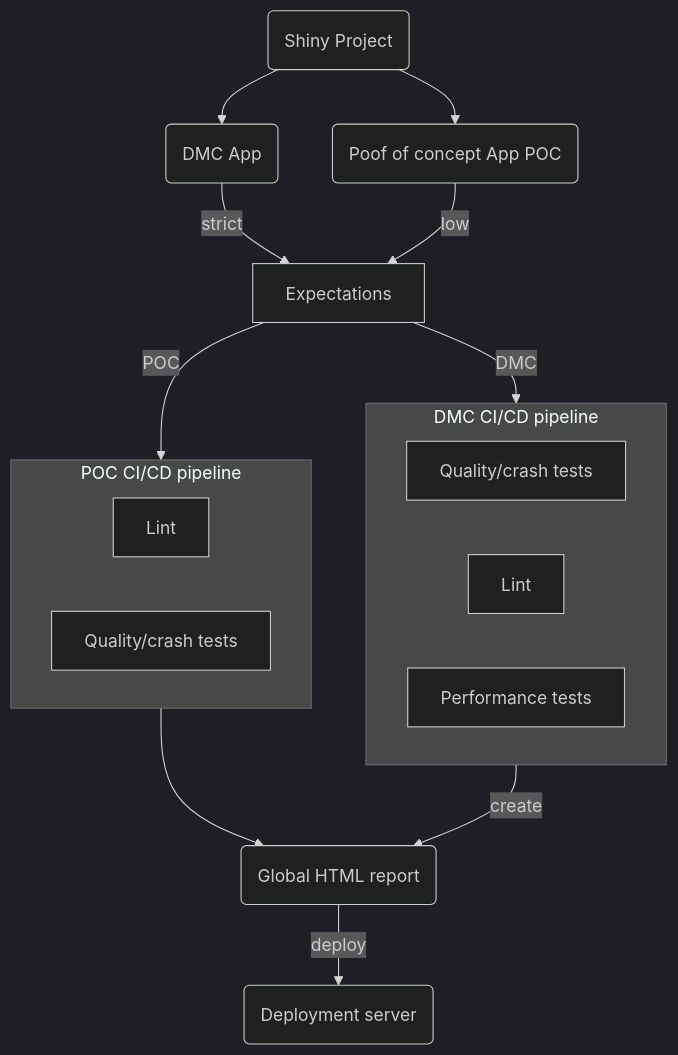
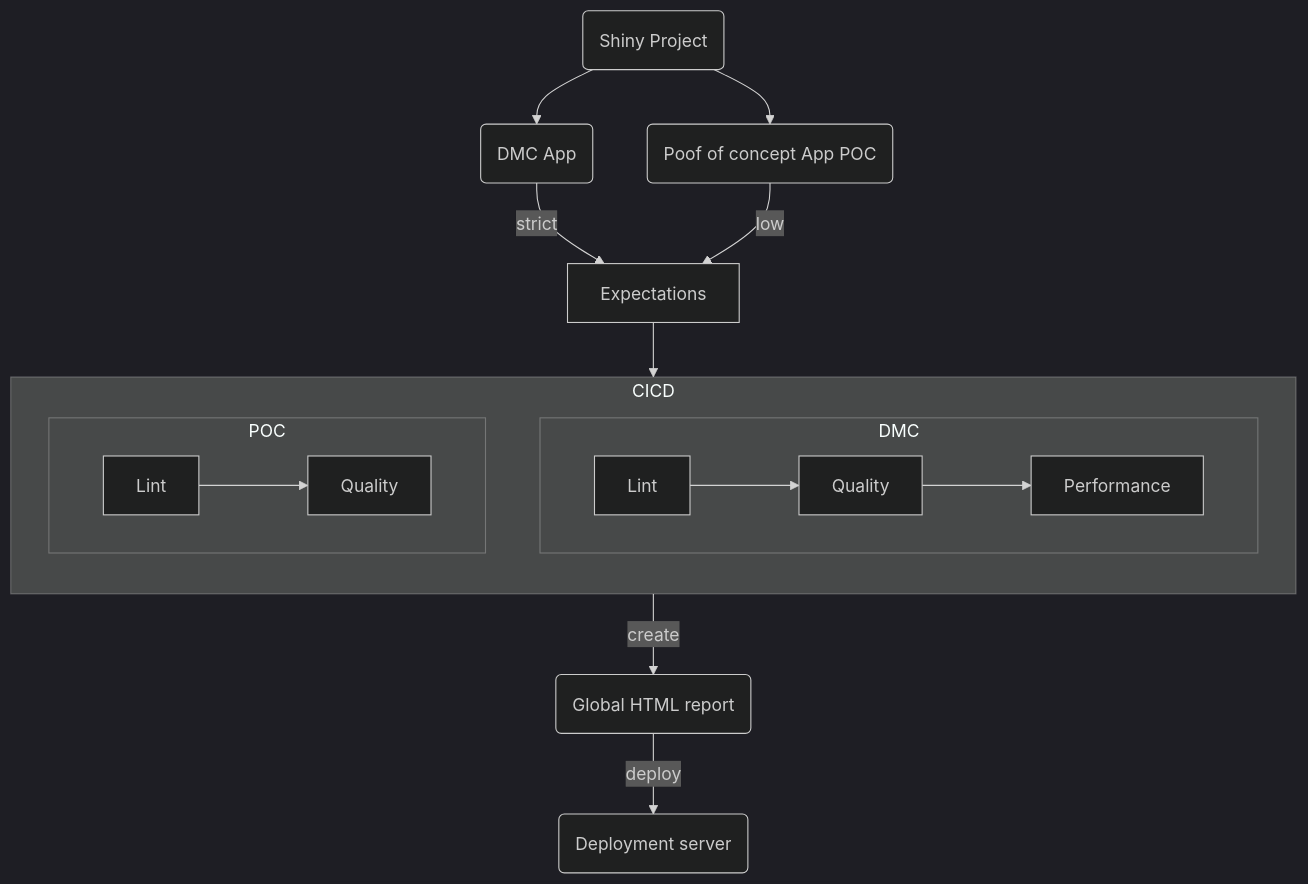
The first of 4 diagrams in template/_setup.qmd (RinteRface/rinpharma2022), drawn with Mermaid before and after one commit. The commit also changed 1 other file, not shown here.

Commit message:
improve mermaid slide

````diff
--- a/template/_setup.qmd
+++ b/template/_setup.qmd
@@ -69,32 +69,31 @@
 ```{mermaid}
 %%{init: {'theme':'dark'}}%%
-graph TD
+flowchart TD
+  subgraph CICD
+    direction TB
+    subgraph DMC 
+      direction LR
+      E[Lint] --> F[Quality]
+      F --> G[Performance]
+    end
+    subgraph POC 
+      direction LR
+      H[Lint] --> I[Quality]
+    end
+  end
   A(Shiny Project) --> B(DMC App)
   A --> C(Poof of concept App POC)
   B --> |strict| D[Expectations]
   C --> |low| D
-  D --> |DMC| F
-  D --> |POC| H
-  F --> |create| J(Global HTML report)
-  H --> J
+  D --> CICD 
+  CICD --> |create| J(Global HTML report)
   J --> |deploy| K(Deployment server)
-  subgraph DMC CI/CD pipeline
-    direction LR
-    E[Lint]
-    F[Quality/crash tests]
-    G[Performance tests]
-  end
-  subgraph POC CI/CD pipeline
-    direction LR
-    H[Lint]
-    I[Quality/crash tests]
-  end
   click A callback "Tooltip for a callback"
   click B callback "DMC: data monitoring committee"
   click D callback "Apps have different expectations"
   click E callback "Lint code: check code formatting, style, ..."
   click F callback "Run R CMD check + headless crash test (shinytest2)"
   click G callback "Optional tests: profiling, load test, ..."
   click J callback "HTML reports with multiple tabs"
   click K callback "RStudio Connect, GitLab/GitHub pages, ..."
 ```
````
